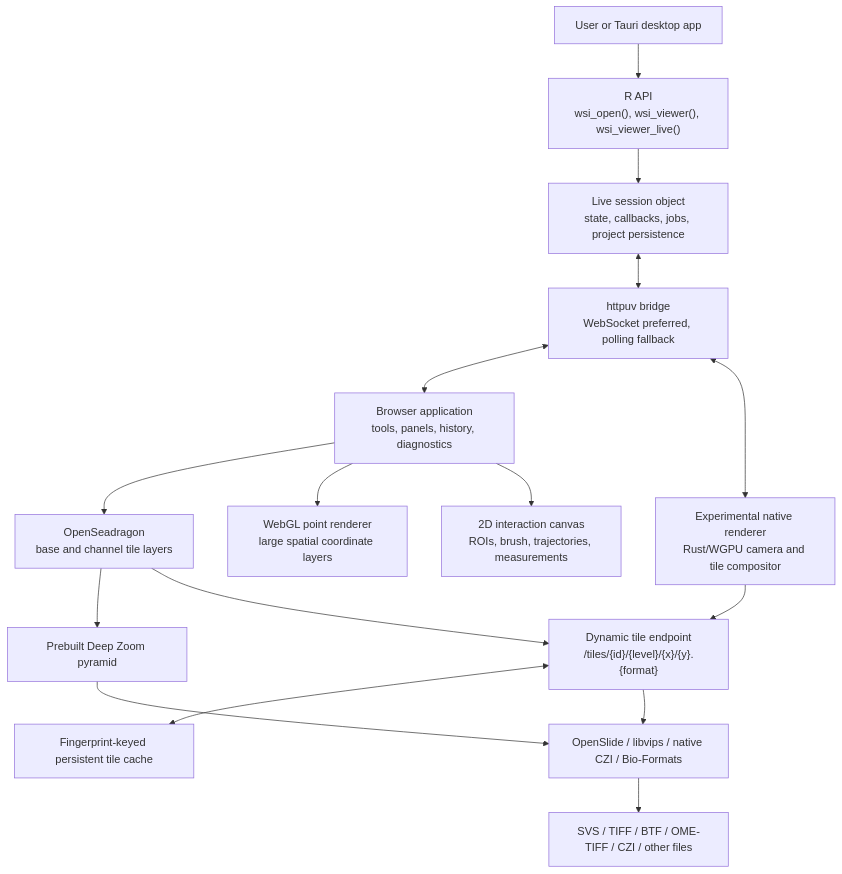
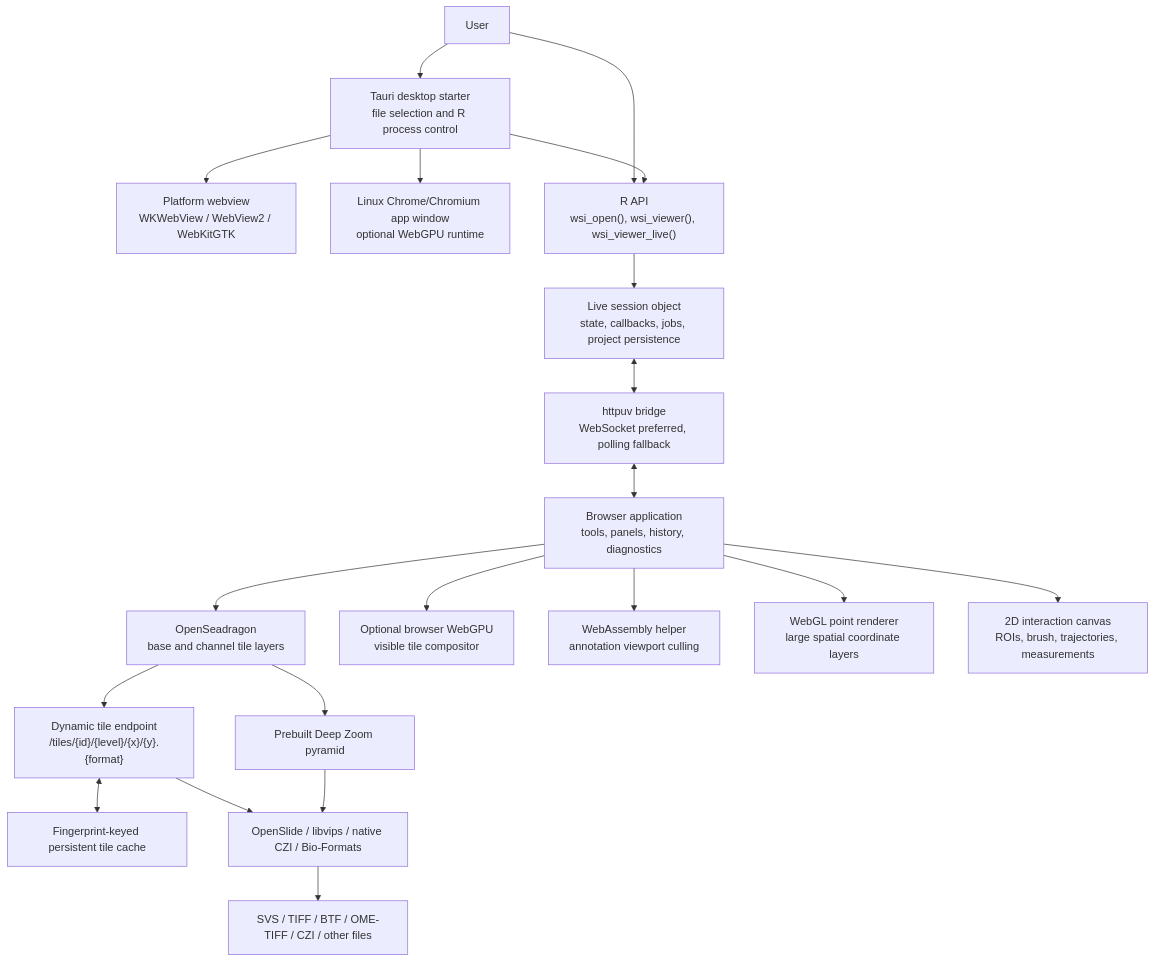
Before and after one commit to tkcaccia/wsiTools: the diagram in docs/architecture.md, drawn with Mermaid. The commit also changed other lines of this file and 20 other files, not shown here.

Commit message:
Document and diagnose Linux desktop webview setup

````diff
--- a/docs/architecture.md
+++ b/docs/architecture.md
@@ -26,33 +26,41 @@
 ```mermaid
 flowchart TD
-  User["User or Tauri desktop app"]
+  User["User"]
+  Desktop["Tauri desktop starter<br/>file selection and R process control"]
+  SystemWebview["Platform webview<br/>WKWebView / WebView2 / WebKitGTK"]
+  Chromium["Linux Chrome/Chromium app window<br/>optional WebGPU runtime"]
   RAPI["R API<br/>wsi_open(), wsi_viewer(), wsi_viewer_live()"]
   Session["Live session object<br/>state, callbacks, jobs, project persistence"]
   Bridge["httpuv bridge<br/>WebSocket preferred, polling fallback"]
   Browser["Browser application<br/>tools, panels, history, diagnostics"]
   OSD["OpenSeadragon<br/>base and channel tile layers"]
-  Native["Experimental native renderer<br/>Rust/WGPU camera and tile compositor"]
+  WebGPU["Optional browser WebGPU<br/>visible tile compositor"]
+  WASM["WebAssembly helper<br/>annotation viewport culling"]
   GPU["WebGL point renderer<br/>large spatial coordinate layers"]
   Canvas["2D interaction canvas<br/>ROIs, brush, trajectories, measurements"]
   StaticTiles["Prebuilt Deep Zoom pyramid"]
   DynamicTiles["Dynamic tile endpoint<br/>/tiles/{id}/{level}/{x}/{y}.{format}"]
   Cache["Fingerprint-keyed persistent tile cache"]
   Backends["OpenSlide / libvips / native CZI / Bio-Formats"]
   Images["SVS / TIFF / BTF / OME-TIFF / CZI / other files"]
 
   User --> RAPI
+  User --> Desktop
+  Desktop --> RAPI
+  Desktop --> SystemWebview
+  Desktop --> Chromium
   RAPI --> Session
   Session <--> Bridge
   Bridge <--> Browser
-  Bridge <--> Native
   Browser --> OSD
+  Browser --> WebGPU
+  Browser --> WASM
   Browser --> GPU
   Browser --> Canvas
   OSD --> StaticTiles
   OSD --> DynamicTiles
-  Native --> DynamicTiles
   DynamicTiles <--> Cache
   DynamicTiles --> Backends
   StaticTiles --> Backends
   Backends --> Images
 ```
````
